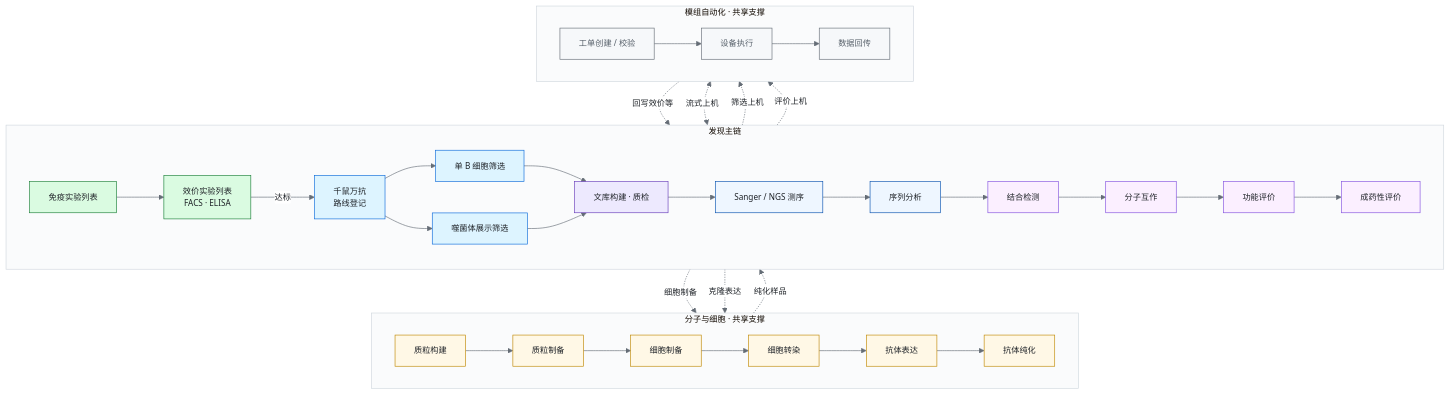
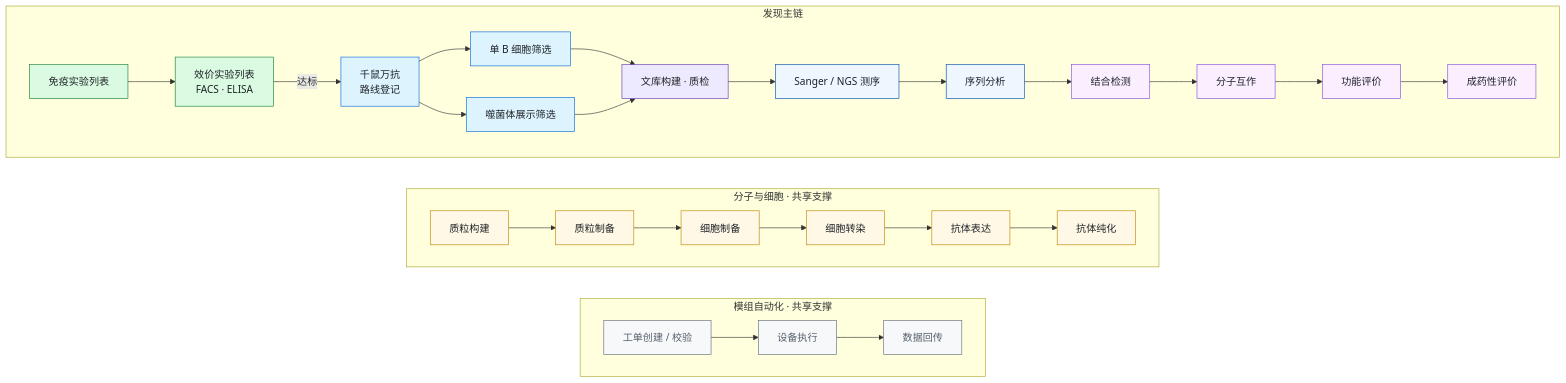
Before and after one commit to TianBa-SCP035/Antibody_Forge: the diagram in README.md, drawn with Mermaid. The commit also changed other lines of this file, not shown here.

Commit message:
流程图更新

````diff
--- a/README.md
+++ b/README.md
@@ -55,51 +55,40 @@
 ```mermaid
-%%{init: {'theme':'base','themeVariables':{'fontFamily':'Segoe UI, system-ui, sans-serif','fontSize':'13px','primaryColor':'#f6f8fa','primaryTextColor':'#1f2328','primaryBorderColor':'#d0d7de','lineColor':'#656d76','secondaryColor':'#ffffff','tertiaryColor':'#eef6ff','clusterBkg':'#fafbfc','clusterBorder':'#d0d7de'}}}%%
 flowchart TB
   subgraph MAIN["发现主链"]
     direction LR
-    I1["免疫实验列表"] --> I2["效价实验列表\nFACS · ELISA"]
-    I2 -->|"达标"| Q["千鼠万抗\n路线登记"]
-    Q --> SB["单 B 细胞筛选"]
-    Q --> PD["噬菌体展示筛选"]
-    SB --> LQ["文库构建 · 质检"]
-    PD --> LQ
-    LQ --> SEQ["Sanger / NGS 测序"]
-    SEQ --> SA["序列分析"]
+    I1["免疫实验列表"] --> I2["效价实验列表<br/>FACS · ELISA"]
+    I2 -->|达标| Q["千鼠万抗<br/>路线登记"]
+    Q --> SB["单 B 细胞筛选"] --> LQ["文库构建 · 质检"]
+    Q --> PD["噬菌体展示筛选"] --> LQ
+    LQ --> SEQ["Sanger / NGS 测序"] --> SA["序列分析"]
     SA --> E1["结合检测"] --> E2["分子互作"] --> E3["功能评价"] --> E4["成药性评价"]
   end
 
   subgraph MOL["分子与细胞 · 共享支撑"]
     direction LR
     M1["质粒构建"] --> M2["质粒制备"] --> M3["细胞制备"] --> M4["细胞转染"] --> M5["抗体表达"] --> M6["抗体纯化"]
   end
 
   subgraph AUTO["模组自动化 · 共享支撑"]
     direction LR
     A1["工单创建 / 校验"] --> A2["设备执行"] --> A3["数据回传"]
   end
 
-  SB -.->|"细胞制备"| M3
-  SA -.->|"克隆表达"| M1
-  M6 -.->|"纯化样品"| E1
-
-  I2 <-.->|"流式上机"| A2
-  SB -.->|"筛选上机"| A1
-  E1 -.->|"评价上机"| A1
-  A3 -.->|"回写效价等"| I2
+  MAIN ~~~ MOL ~~~ AUTO
 
   classDef immune fill:#dafbe1,stroke:#1a7f37,color:#1f2328
   classDef discover fill:#ddf4ff,stroke:#0969da,color:#1f2328
   classDef library fill:#ede9fe,stroke:#6639ba,color:#1f2328
   classDef seq fill:#eef6ff,stroke:#0550ae,color:#1f2328
   classDef eval fill:#fbefff,stroke:#8250df,color:#1f2328
   classDef mol fill:#fff8e6,stroke:#bf8700,color:#1f2328
   classDef auto fill:#f6f8fa,stroke:#656d76,color:#57606a
 
   class I1,I2 immune
   class Q,SB,PD discover
   class LQ library
   class SEQ,SA seq
   class E1,E2,E3,E4 eval
   class M1,M2,M3,M4,M5,M6 mol
   class A1,A2,A3 auto
 ```
````
